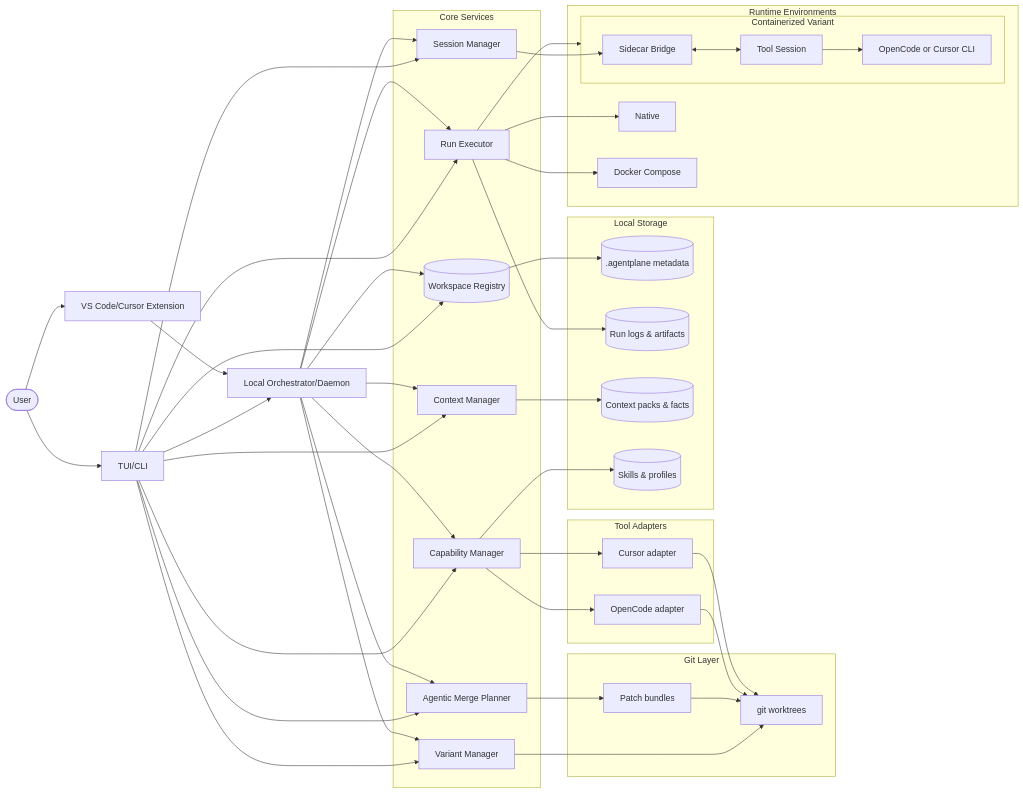
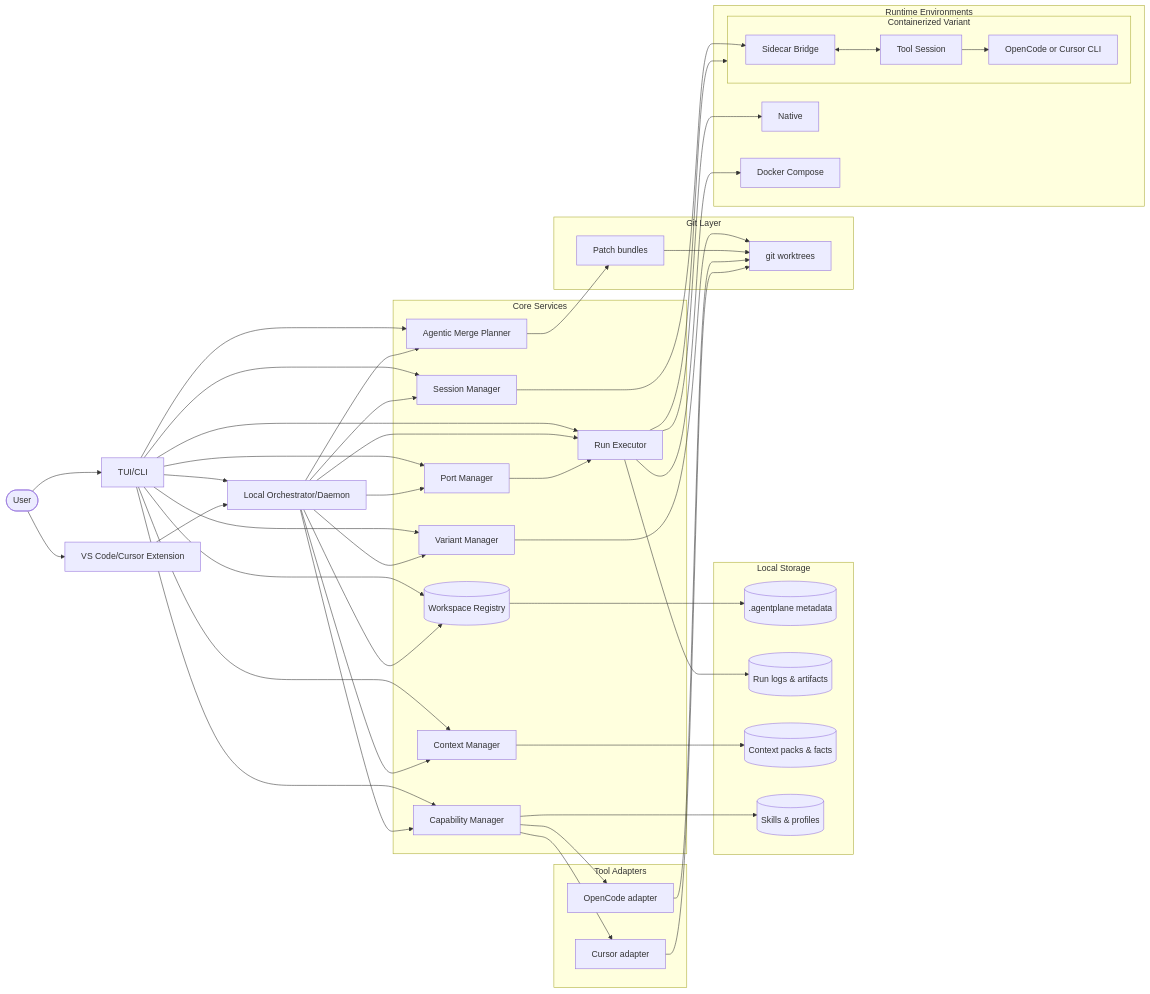
The diagram in plans/07-architecture-diagram.md (Andrey170170/lazyagent_spec), drawn with Mermaid before and after one commit. The commit also changed 4 other files, not shown here.

Commit message:
Enhanced architecture documentation with port management details, including allocation at startup and environment variable injection. Updated workflows to reflect port allocation steps and added a ports view in the UI/UX section for logical to actual port mappings.

```diff
--- a/plans/07-architecture-diagram.md
+++ b/plans/07-architecture-diagram.md
@@ -15,6 +15,7 @@
     CapabilityMgr[Capability Manager]
     RunExec[Run Executor]
     MergePlan[Agentic Merge Planner]
+    PortMgr[Port Manager]
   end
 
   subgraph Storage[Local Storage]
@@ -51,6 +52,7 @@
   UI --> CapabilityMgr
   UI --> VariantMgr
   UI --> SessionMgr
+  UI --> PortMgr
 
   Daemon --> Registry
   Daemon --> VariantMgr
@@ -59,6 +61,7 @@
   Daemon --> CapabilityMgr
   Daemon --> RunExec
   Daemon --> MergePlan
+  Daemon --> PortMgr
 
   Registry --> MetaStore
   ContextMgr --> ContextStore
@@ -73,6 +76,8 @@
   RunExec --> Container
   RunExec --> Compose
 
+  PortMgr --> RunExec
+
   SessionMgr --> Sidecar
   Sidecar <--> ToolPTY
   ToolPTY --> ToolLabel
```
